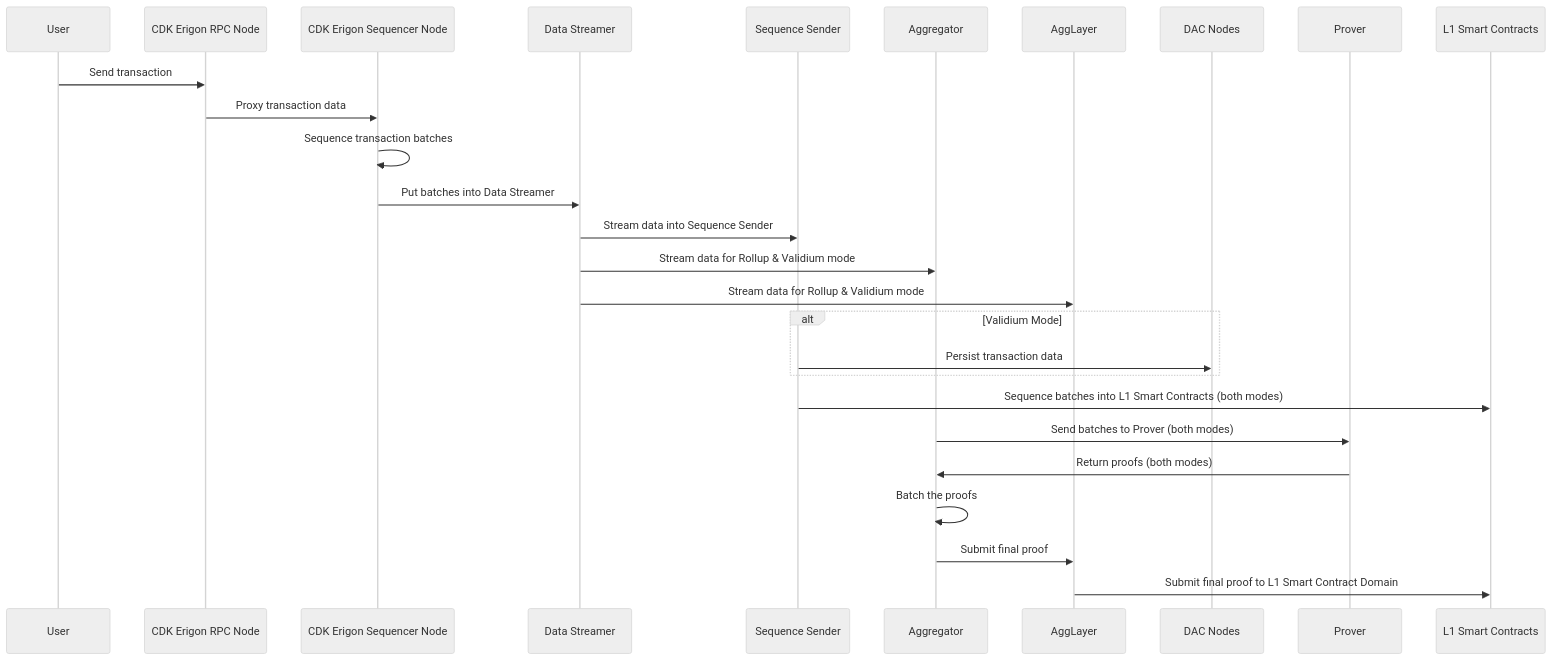
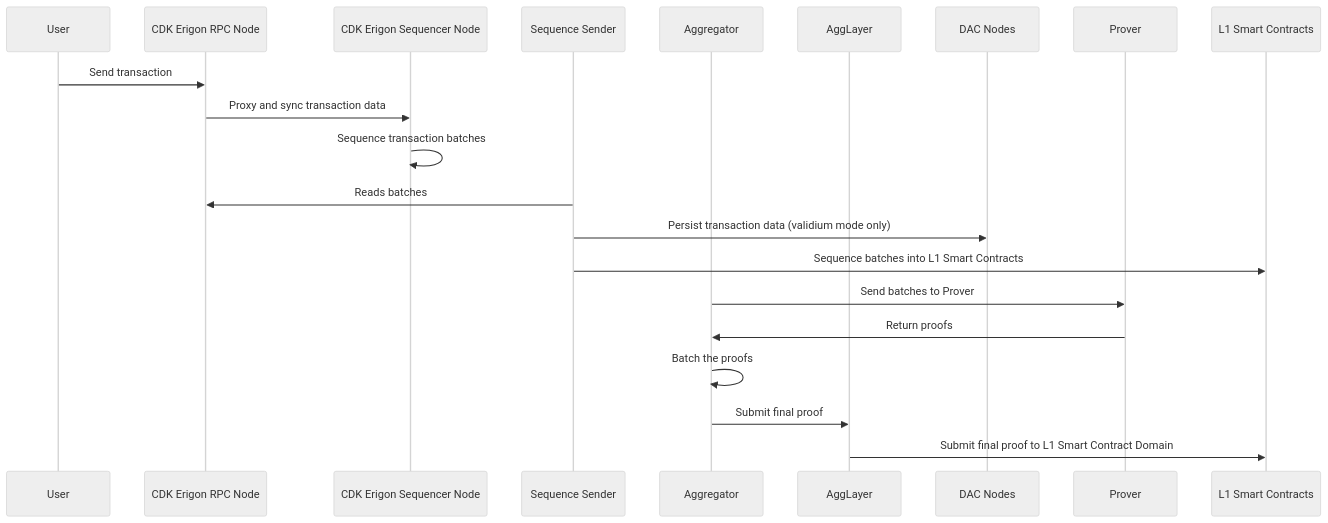
Before and after one commit to 0xPolygon/polygon-docs: the diagram in docs/cdk/architecture/high-level-views.md, drawn with Mermaid (neutral theme). The commit also changed other lines of this file and 1 other file, not shown here.

Commit message:
updates to pics and flows

````diff
--- a/docs/cdk/architecture/high-level-views.md
+++ b/docs/cdk/architecture/high-level-views.md
@@ -39,30 +38,24 @@
 ```mermaid
 sequenceDiagram
     participant User
     participant ErigonRPC as CDK Erigon RPC Node
     participant Sequencer as CDK Erigon Sequencer Node
-    participant DataStreamer as Data Streamer
     participant SeqSender as Sequence Sender
     participant Aggregator
     participant AggLayer
     participant DACNodes as DAC Nodes
     participant Prover
     participant L1 as L1 Smart Contracts
 
     User->>ErigonRPC: Send transaction
-    ErigonRPC->>Sequencer: Proxy transaction data
+    ErigonRPC->>Sequencer: Proxy and sync transaction data
     Sequencer->>Sequencer: Sequence transaction batches
-    Sequencer->>DataStreamer: Put batches into Data Streamer
-    DataStreamer->>SeqSender: Stream data into Sequence Sender
-    DataStreamer->>Aggregator: Stream data for Rollup & Validium mode
-    DataStreamer->>AggLayer: Stream data for Rollup & Validium mode
-    alt Validium Mode
-        SeqSender->>DACNodes: Persist transaction data
-    end
-    SeqSender->>L1: Sequence batches into L1 Smart Contracts (both modes)
-    Aggregator->>Prover: Send batches to Prover (both modes)
-    Prover->>Aggregator: Return proofs (both modes)
+    SeqSender->>ErigonRPC: Reads batches
+    SeqSender->>DACNodes: Persist transaction data (validium mode only)
+    SeqSender->>L1: Sequence batches into L1 Smart Contracts 
+    Aggregator->>Prover: Send batches to Prover 
+    Prover->>Aggregator: Return proofs 
     Aggregator->>Aggregator: Batch the proofs
     Aggregator->>AggLayer: Submit final proof
     AggLayer->>L1: Submit final proof to L1 Smart Contract Domain
 ```
````
